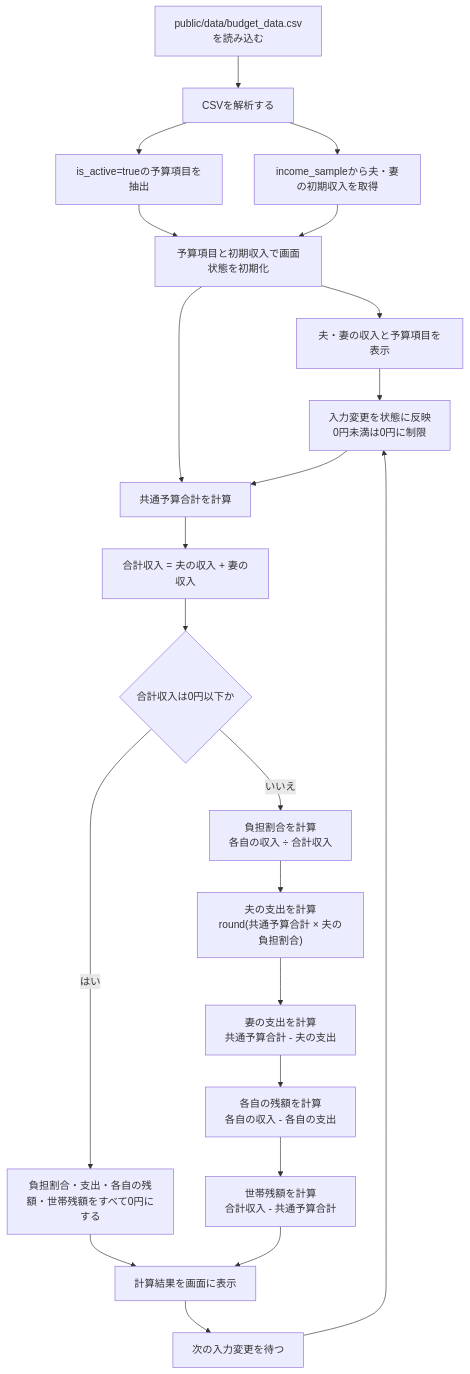
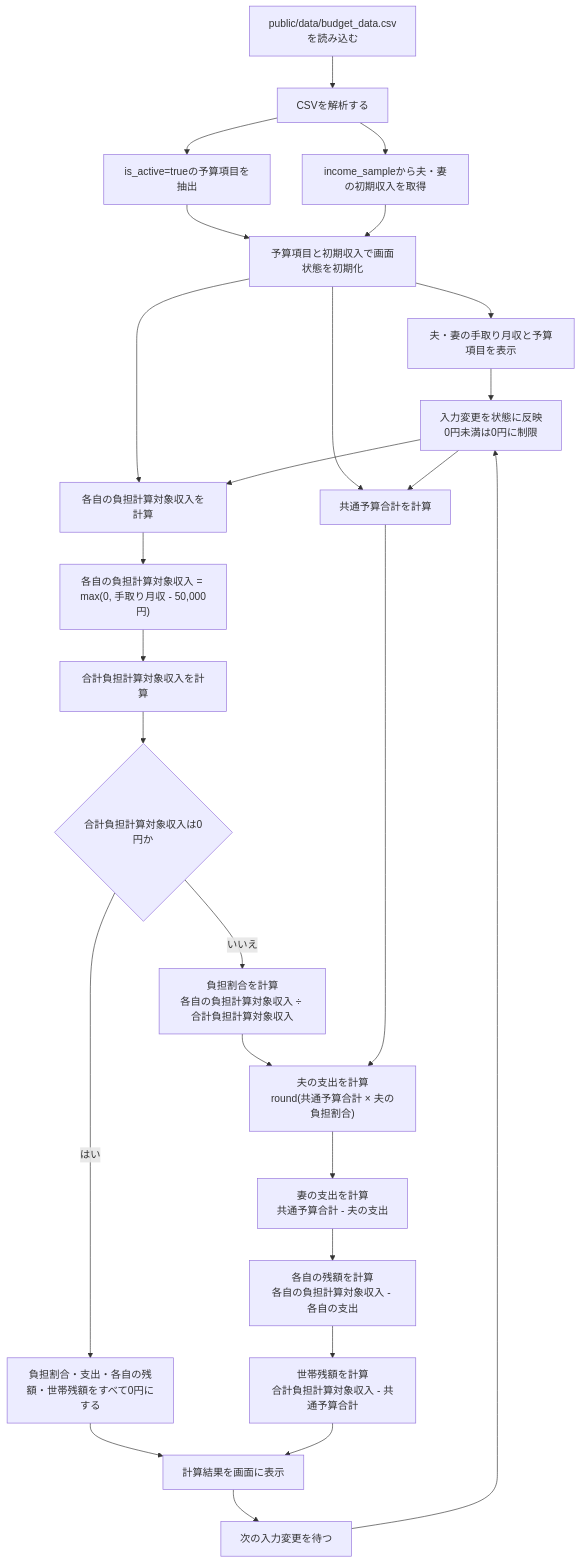
One commit to TakuyaFukumura/cost-share-next-js-app changed the diagram in docs/家計負担割合計算_処理フロー図.md. Above: the diagram before and after it, drawn with Mermaid. The commit also changed other lines of this file and 15 other files, not shown here.

````diff
--- a/docs/家計負担割合計算_処理フロー図.md
+++ b/docs/家計負担割合計算_処理フロー図.md
@@ -5,27 +5,31 @@
 ```mermaid
 flowchart TD
     A["public/data/budget_data.csvを読み込む"] --> B["CSVを解析する"]
     B --> C["is_active=trueの予算項目を抽出"]
     B --> D["income_sampleから夫・妻の初期収入を取得"]
     C --> E["予算項目と初期収入で画面状態を初期化"]
     D --> E
 
-    E --> F["夫・妻の収入と予算項目を表示"]
+    E --> F["夫・妻の手取り月収と予算項目を表示"]
     E --> I["共通予算合計を計算"]
+    E --> J["各自の負担計算対象収入を計算"]
     F --> H["入力変更を状態に反映<br/>0円未満は0円に制限"]
     H --> I
-    I --> J["合計収入 = 夫の収入 + 妻の収入"]
-    J --> K{"合計収入は0円以下か"}
+    H --> J
+    J --> T["各自の負担計算対象収入 = max(0, 手取り月収 - 50,000円)"]
+    T --> U["合計負担計算対象収入を計算"]
+    U --> K{"合計負担計算対象収入は0円か"}
 
     K -- "はい" --> L["負担割合・支出・各自の残額・世帯残額をすべて0円にする"]
-    K -- "いいえ" --> M["負担割合を計算<br/>各自の収入 ÷ 合計収入"]
+    K -- "いいえ" --> M["負担割合を計算<br/>各自の負担計算対象収入 ÷ 合計負担計算対象収入"]
     M --> N["夫の支出を計算<br/>round(共通予算合計 × 夫の負担割合)"]
+    I --> N
     N --> O["妻の支出を計算<br/>共通予算合計 - 夫の支出"]
-    O --> P["各自の残額を計算<br/>各自の収入 - 各自の支出"]
-    P --> Q["世帯残額を計算<br/>合計収入 - 共通予算合計"]
+    O --> P["各自の残額を計算<br/>各自の負担計算対象収入 - 各自の支出"]
+    P --> Q["世帯残額を計算<br/>合計負担計算対象収入 - 共通予算合計"]
 
     L --> R["計算結果を画面に表示"]
     Q --> R
     R --> S["次の入力変更を待つ"]
     S --> H
 ```
````
